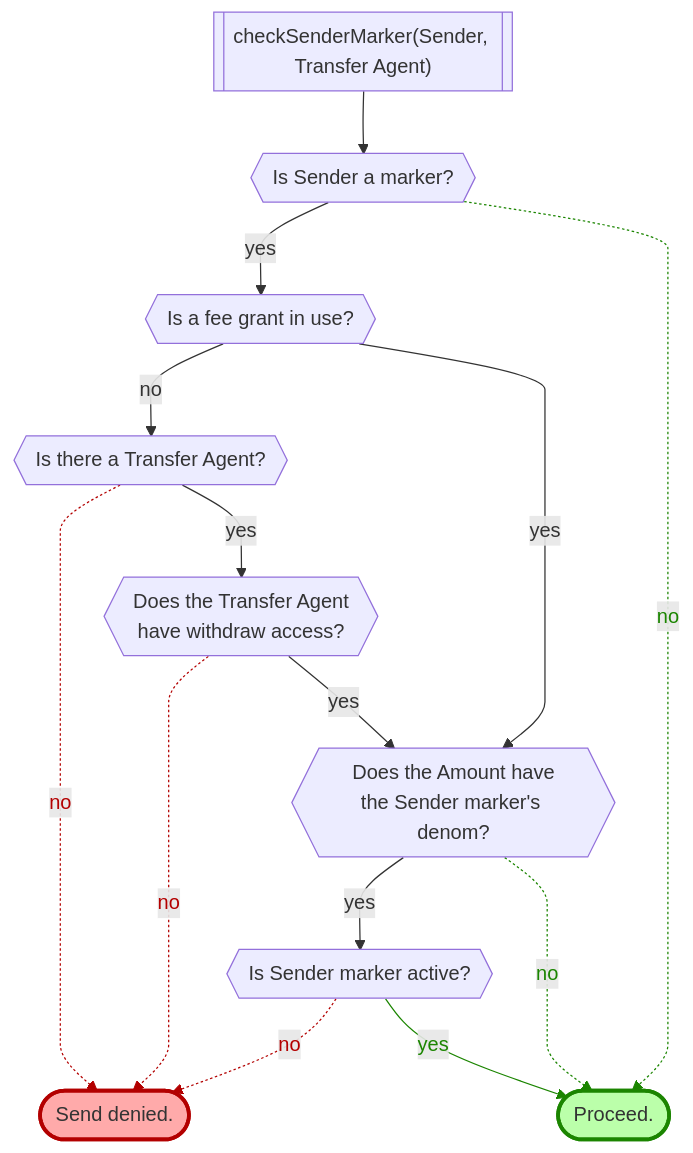
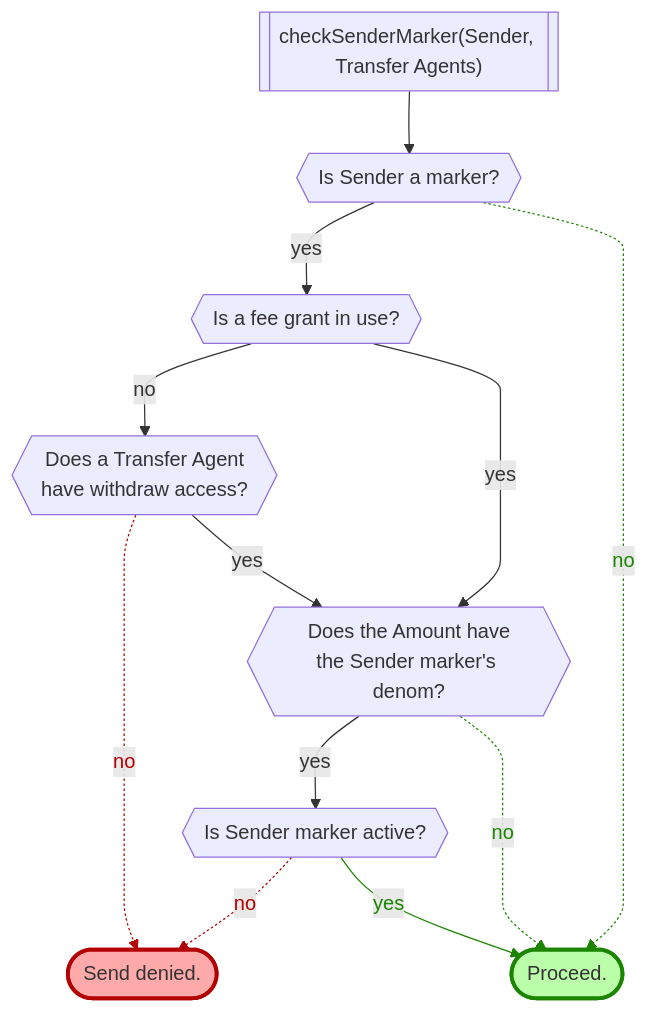
Before and after one commit to provenance-io/provenance: the second of 8 diagrams in x/marker/spec/12_transfers.md, drawn with Mermaid. The commit also changed other lines of this file, not shown here.

Commit message:
[2137]: Update marker flowcharts to reflect the possibility of multiple admins.

````diff
--- a/x/marker/spec/12_transfers.md
+++ b/x/marker/spec/12_transfers.md
@@ -157,30 +157,27 @@
 ```mermaid
 %%{ init: { 'flowchart': { 'curve': 'monotoneY'} } }%%
 flowchart TD
-    start[["checkSenderMarker(Sender, Transfer Agent)"]]
+    start[["checkSenderMarker(Sender, Transfer Agents)"]]
     issm{{"Is Sender a marker?"}}
     isfg{{"Is a fee grant in use?"}}
-    haveta{{"Is there a Transfer Agent?"}}
-    istaw{{"Does the Transfer Agent\nhave withdraw access?"}}
+    istaw{{"Does a Transfer Agent\nhave withdraw access?"}}
     isasm{{"Does the Amount have\nthe Sender marker's denom?"}}
     issma{{"Is Sender marker active?"}}
     ok(["Proceed."])
     style ok fill:#bbffaa,stroke:#1b8500,stroke-width:3px
     denied(["Send denied."])
     style denied fill:#ffaaaa,stroke:#b30000,stroke-width:3px
     start --> issm
     issm -->|yes| isfg
-    isfg -->|no| haveta
-    haveta -->|yes| istaw
-    haveta -.->|no| denied
+    isfg -->|no| istaw
     istaw -.->|no| denied
     istaw -->|yes| isasm
     isfg -->|yes| isasm
     isasm -->|yes| issma
     issma -->|yes| ok
     isasm -.->|no| ok
     issma -.->|no| denied
     issm -.->|no| ok
-    linkStyle 4,5,11 stroke:#b30000,color:#b30000
-    linkStyle 9,10,12 stroke:#1b8500,color:#1b8500
+    linkStyle 3,9 stroke:#b30000,color:#b30000
+    linkStyle 7,8,10 stroke:#1b8500,color:#1b8500
 ```
````
